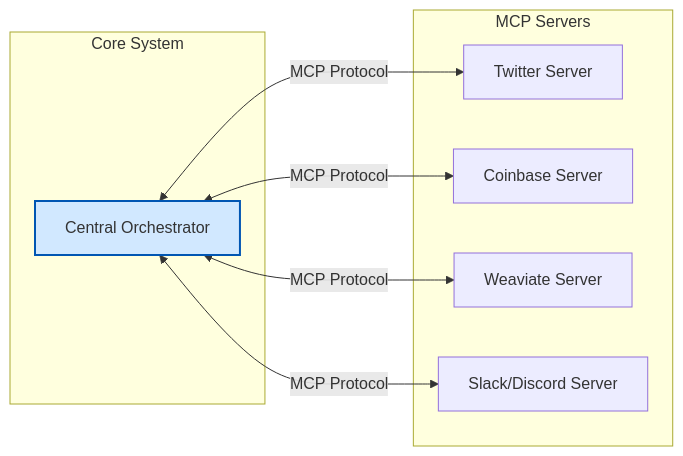
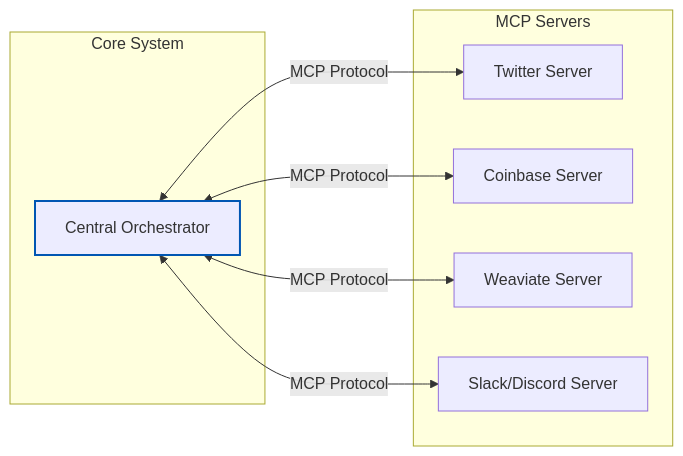
One commit to tekuuu/3D_Challenge changed the second of 2 diagrams in research/architecture_strategy.md. Above: the diagram before and after it, drawn with Mermaid. The commit also changed other lines of this file, not shown here.

Commit message:
architecture diagrams modified

````diff
--- a/research/architecture_strategy.md
+++ b/research/architecture_strategy.md
@@ -80,20 +80,20 @@
 ```mermaid
 graph LR
     subgraph Hub [Core System]
         Host[Central Orchestrator]
     end
 
     subgraph Spokes [MCP Servers]
         T[Twitter Server]
         C[Coinbase Server]
         W[Weaviate Server]
         S[Slack/Discord Server]
     end
 
     Host <-->|MCP Protocol| T
     Host <-->|MCP Protocol| C
     Host <-->|MCP Protocol| W
     Host <-->|MCP Protocol| S
     
-    style Host fill:#d1e8ff,stroke:#0056b3,stroke-width:2px
+    style Host fill:#d,stroke:#0056b3,stroke-width:2px
 ```
````
